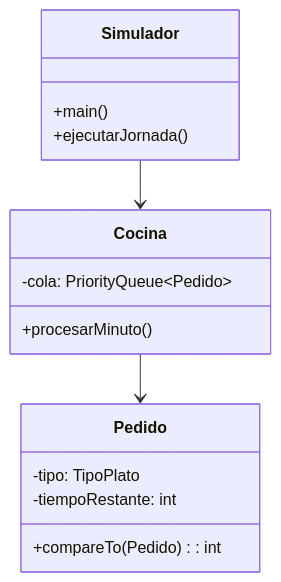
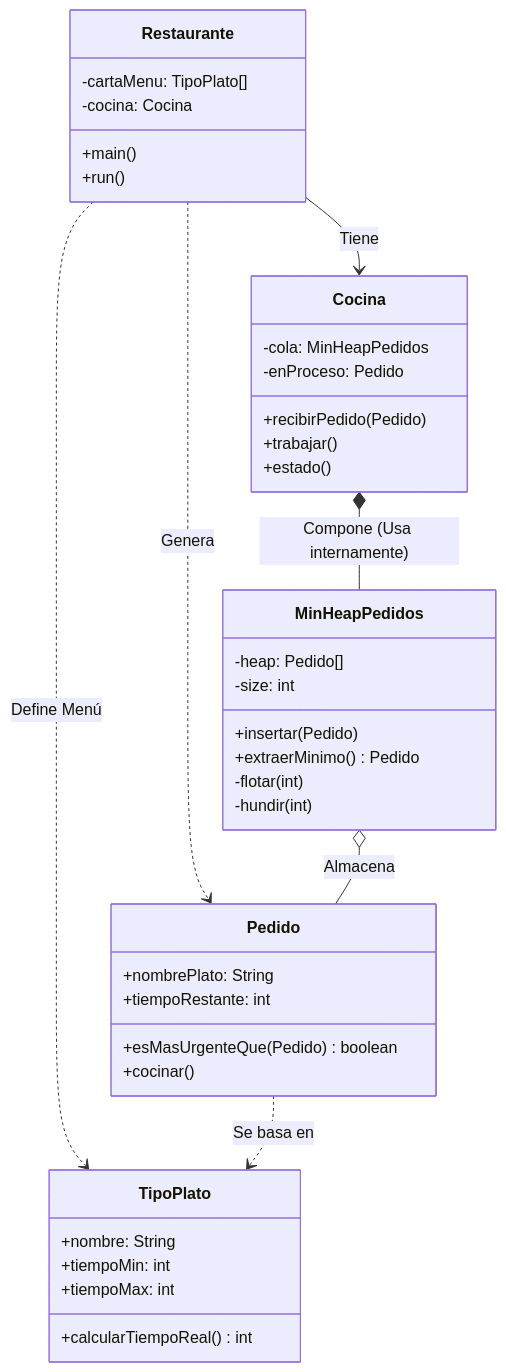
Before and after one commit to mmasias/25-26-EDA1: the second of 2 diagrams in entregas/alvaradoCarlos/documentosUML/README.md, drawn with Mermaid.

Commit message:
Actualización del diagrama con clases adicionales pero respetando las primeras (Pedidos y Cocina)

````diff
--- a/entregas/alvaradoCarlos/documentosUML/README.md
+++ b/entregas/alvaradoCarlos/documentosUML/README.md
@@ -23,21 +23,49 @@
 ```mermaid
 classDiagram
-    class Simulador {
+    class Restaurante {
+        -cartaMenu: TipoPlato[]
+        -cocina: Cocina
         +main()
-        +ejecutarJornada()
+        +run()
+    }
+
+    class Cocina {
+        -cola: MinHeapPedidos
+        -enProceso: Pedido
+        +recibirPedido(Pedido)
+        +trabajar()
+        +estado()
+    }
+
+    class MinHeapPedidos {
+        -heap: Pedido[]
+        -size: int
+        +insertar(Pedido)
+        +extraerMinimo() Pedido
+        -flotar(int)
+        -hundir(int)
     }
 
     class Pedido {
-        -tipo: TipoPlato
-        -tiempoRestante: int
-        +compareTo(Pedido): int
+        +nombrePlato: String
+        +tiempoRestante: int
+        +esMasUrgenteQue(Pedido) boolean
+        +cocinar()
     }
 
-    class Cocina {
-        -cola: PriorityQueue~Pedido~
-        +procesarMinuto()
+    class TipoPlato {
+        +nombre: String
+        +tiempoMin: int
+        +tiempoMax: int
+        +calcularTiempoReal() int
     }
 
-    Simulador --> Cocina
-    Cocina --> Pedido
+    Restaurante --> Cocina : Tiene
+    Restaurante ..> TipoPlato : Define Menú
+    Restaurante ..> Pedido : Genera
+
+    Cocina *-- MinHeapPedidos : Compone (Usa internamente)
+    MinHeapPedidos o-- Pedido : Almacena
+
+    Pedido ..> TipoPlato : Se basa en
 ```
````
